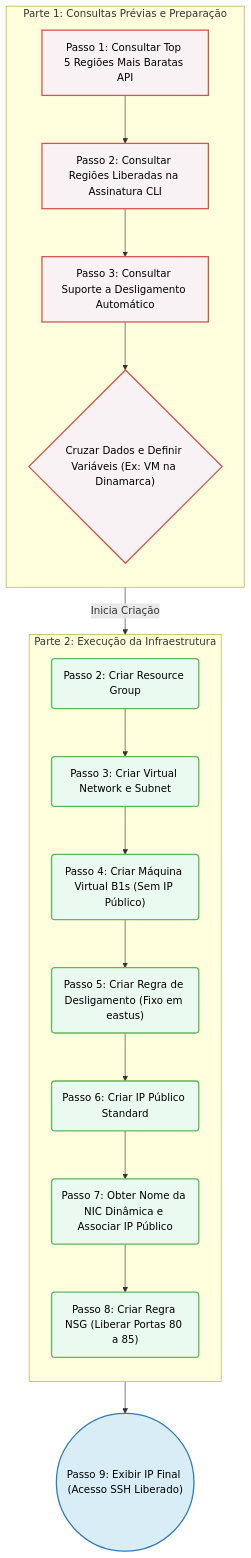
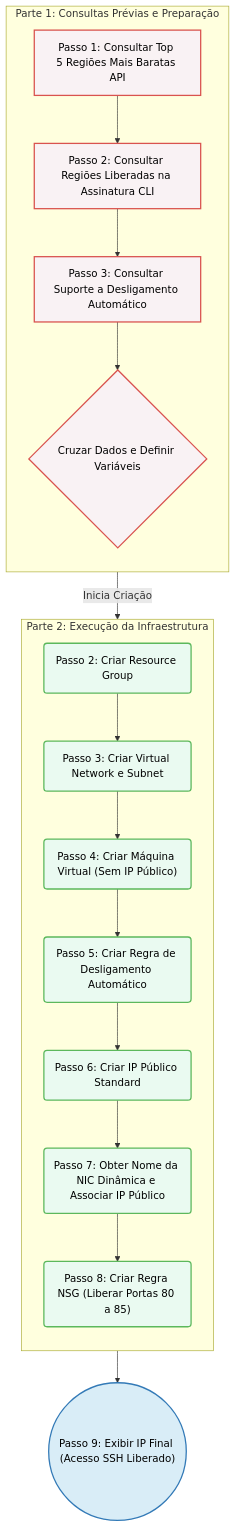
The diagram in createvirtualmachine.MD (rodrigofurlaneti/az900), drawn with Mermaid before and after one commit. The commit also changed other lines of this file, not shown here.

First line of the commit message:
Refactor virtual machine creation steps and commands

````diff
--- a/createvirtualmachine.MD
+++ b/createvirtualmachine.MD
@@ -5,35 +5,35 @@
 ```mermaid
 flowchart TD
     %% Estilos de nós forçando a cor do texto para preto (color:#000000) para funcionar no Dark Mode
     classDef preparacao fill:#f9f2f4,stroke:#d9534f,stroke-width:2px,color:#000000;
     classDef execucao fill:#eafaf1,stroke:#5cb85c,stroke-width:2px,color:#000000;
     classDef final fill:#d9edf7,stroke:#337ab7,stroke-width:2px,color:#000000;
 
     subgraph Fase1 [Parte 1: Consultas Prévias e Preparação]
         direction TB
         A["Passo 1: Consultar Top 5 Regiões Mais Baratas API"]:::preparacao
         B["Passo 2: Consultar Regiões Liberadas na Assinatura CLI"]:::preparacao
         C["Passo 3: Consultar Suporte a Desligamento Automático"]:::preparacao
-        D{"Cruzar Dados e Definir Variáveis (Ex: VM na Dinamarca)"}:::preparacao
+        D{"Cruzar Dados e Definir Variáveis"}:::preparacao
         
         A --> B --> C --> D
     end
 
     subgraph Fase2 [Parte 2: Execução da Infraestrutura]
         direction TB
         E("Passo 2: Criar Resource Group"):::execucao
         F("Passo 3: Criar Virtual Network e Subnet"):::execucao
-        G("Passo 4: Criar Máquina Virtual B1s (Sem IP Público)"):::execucao
-        H("Passo 5: Criar Regra de Desligamento (Fixo em eastus)"):::execucao
+        G("Passo 4: Criar Máquina Virtual (Sem IP Público)"):::execucao
+        H("Passo 5: Criar Regra de Desligamento Automático"):::execucao
         I("Passo 6: Criar IP Público Standard"):::execucao
         J("Passo 7: Obter Nome da NIC Dinâmica e Associar IP Público"):::execucao
         K("Passo 8: Criar Regra NSG (Liberar Portas 80 a 85)"):::execucao
         
         E --> F --> G --> H --> I --> J --> K
     end
 
     L(("Passo 9: Exibir IP Final (Acesso SSH Liberado)")):::final
 
     D -->|Inicia Criação| E
     K --> L
 ```
````
